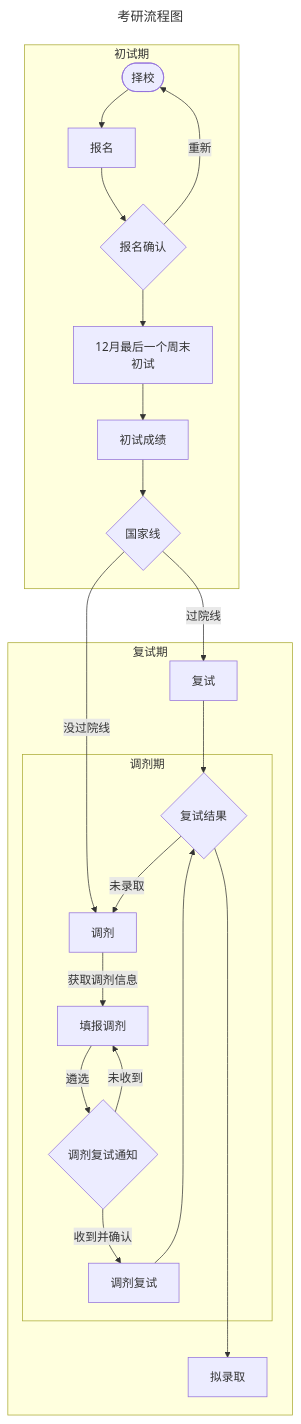
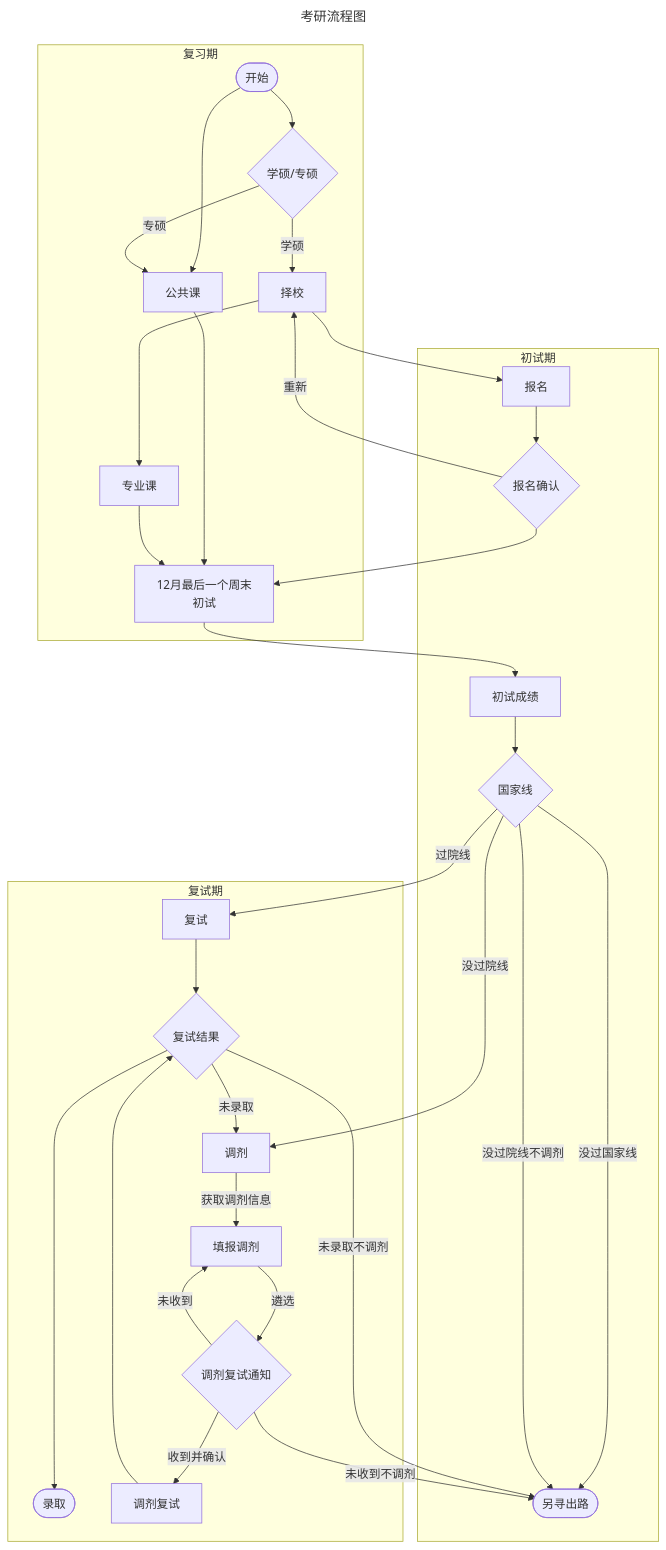
One commit to DaoMingze/yztool changed the diagram in README.md. Above: the diagram before and after it, drawn with Mermaid.

````diff
--- a/README.md
+++ b/README.md
@@ -49,24 +49,32 @@
 ```mermaid
 ---
 title: 考研流程图
 ---
 flowchart TB
+    subgraph 复习期
+    start([开始])-->复习1[公共课]-->初试
+    start-->类型{学硕/专硕}-->|学硕|开始[择校]
+    类型-->|专硕|复习1
+    开始-->复习2[专业课]-->初试
+    end
     subgraph 初试期
-    开始([择校])-->报名-->确认{报名确认}-->初试[12月最后一个周末\n初试]-->初试成绩-->复试线{国家线}
+    开始-->报名-->确认{报名确认}-->初试[12月最后一个周末\n初试]-->初试成绩-->复试线{国家线}
     确认-->|重新|开始
+    复试线-->|没过国家线|失败([另寻出路])
     end
     subgraph 复试期
     复试线-->|过院线|复试
     复试线-->|没过院线|调剂
+    复试线-->|没过院线不调剂|失败
     复试-->复试中{复试结果}
-    复试中------>拟录取
+    复试中----->拟录取([录取])
+    复试中-->|未录取不调剂|失败
     复试中-->|未录取|调剂
-        subgraph 调剂期
         调剂-->|获取调剂信息|志愿[填报调剂]
         志愿-->|遴选|通知{调剂复试通知}
         通知-->|收到并确认|调剂复试
         通知-->|未收到|志愿
+        通知-->|未收到不调剂|失败
         调剂复试-->复试中
-        end
     end
 ```
````
